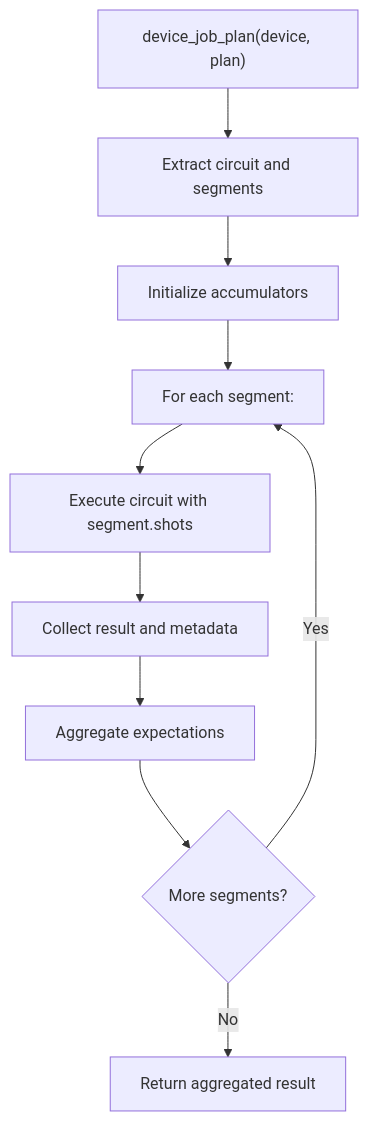
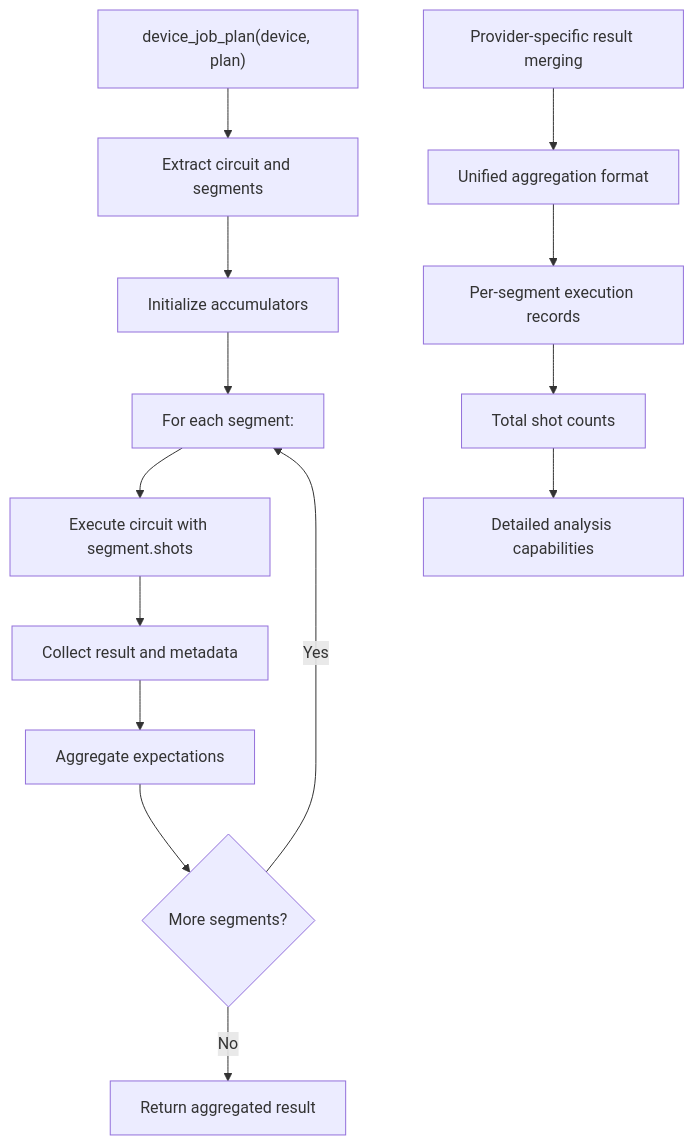
One commit to QureGenAI-Biotech/TyxonQ changed the fifth of 8 diagrams in .qoder/repowiki/en/content/API Reference/Devices API/Hardware Drivers/Hardware Drivers.md. Above: the diagram before and after it, drawn with Mermaid. The commit also changed other lines of this file and 516 other files, not shown here.

````diff
--- a/.qoder/repowiki/en/content/API Reference/Devices API/Hardware Drivers/Hardware Drivers.md
+++ b/.qoder/repowiki/en/content/API Reference/Devices API/Hardware Drivers/Hardware Drivers.md
@@ -145,12 +213,16 @@
 ```mermaid
 flowchart TD
 A["device_job_plan(device, plan)"] --> B["Extract circuit and segments"]
 B --> C["Initialize accumulators"]
 C --> D["For each segment:"]
 D --> E["Execute circuit with segment.shots"]
 E --> F["Collect result and metadata"]
 F --> G["Aggregate expectations"]
 G --> H{"More segments?"}
 H --> |Yes| D
 H --> |No| I["Return aggregated result"]
+J["Provider-specific result merging"] --> K["Unified aggregation format"]
+K --> L["Per-segment execution records"]
+L --> M["Total shot counts"]
+M --> N["Detailed analysis capabilities"]
 ```
````
